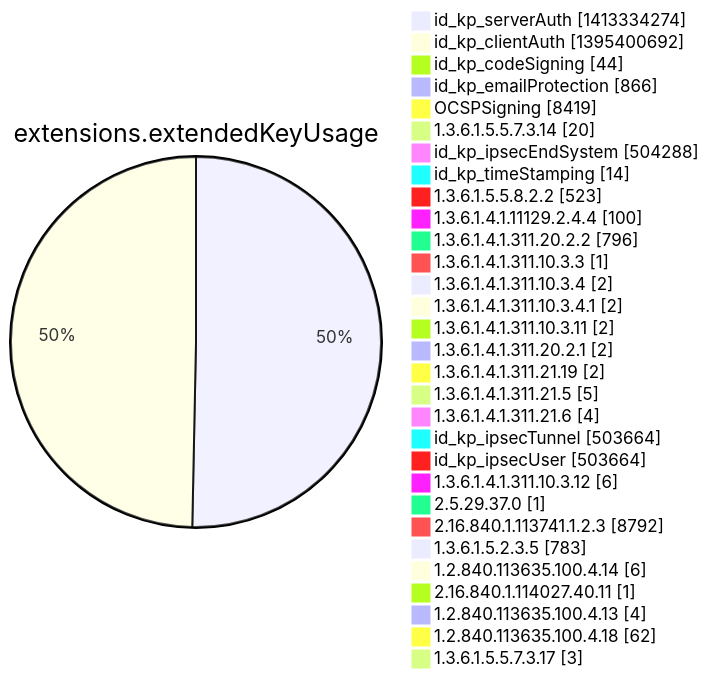
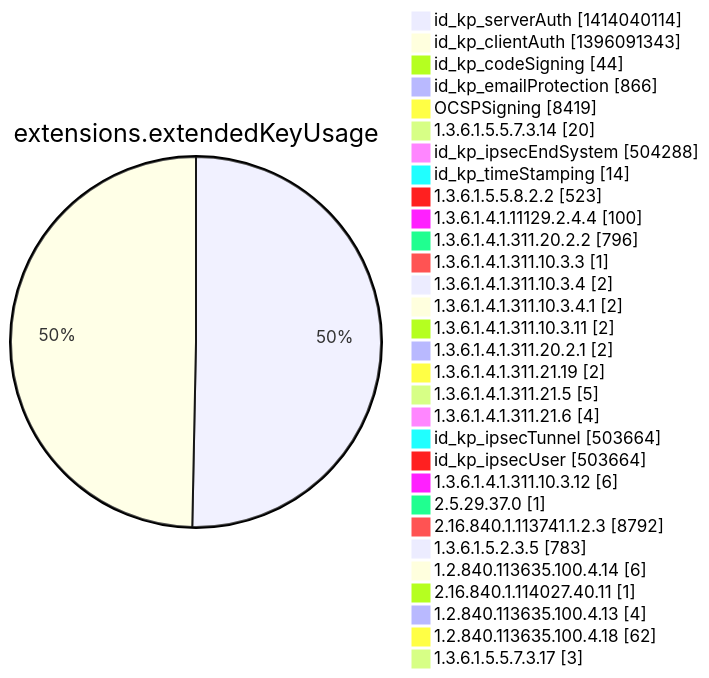
Diagram 12 of 15 in argon2022/README.md (christiankrug/ctmonitor_visualization), drawn with Mermaid before and after one commit. The commit also changed other lines of this file, not shown here.

````diff
--- a/argon2022/README.md
+++ b/argon2022/README.md
@@ -3554,34 +3554,34 @@
 ```mermaid
 pie showData
 title extensions.extendedKeyUsage
-"id_kp_serverAuth" :1413334274
-"id_kp_clientAuth" :1395400692
+"id_kp_serverAuth" :1414040114
+"id_kp_clientAuth" :1396091343
 "id_kp_codeSigning" :44
 "id_kp_emailProtection" :866
 "OCSPSigning" :8419
 "1.3.6.1.5.5.7.3.14" :20
 "id_kp_ipsecEndSystem" :504288
 "id_kp_timeStamping" :14
 "1.3.6.1.5.5.8.2.2" :523
 "1.3.6.1.4.1.11129.2.4.4" :100
 "1.3.6.1.4.1.311.20.2.2" :796
 "1.3.6.1.4.1.311.10.3.3" :1
 "1.3.6.1.4.1.311.10.3.4" :2
 "1.3.6.1.4.1.311.10.3.4.1" :2
 "1.3.6.1.4.1.311.10.3.11" :2
 "1.3.6.1.4.1.311.20.2.1" :2
 "1.3.6.1.4.1.311.21.19" :2
 "1.3.6.1.4.1.311.21.5" :5
 "1.3.6.1.4.1.311.21.6" :4
 "id_kp_ipsecTunnel" :503664
 "id_kp_ipsecUser" :503664
 "1.3.6.1.4.1.311.10.3.12" :6
 "2.5.29.37.0" :1
 "2.16.840.1.113741.1.2.3" :8792
 "1.3.6.1.5.2.3.5" :783
 "1.2.840.113635.100.4.14" :6
 "2.16.840.1.114027.40.11" :1
 "1.2.840.113635.100.4.13" :4
 "1.2.840.113635.100.4.18" :62
 "1.3.6.1.5.5.7.3.17" :3
 ```
````
